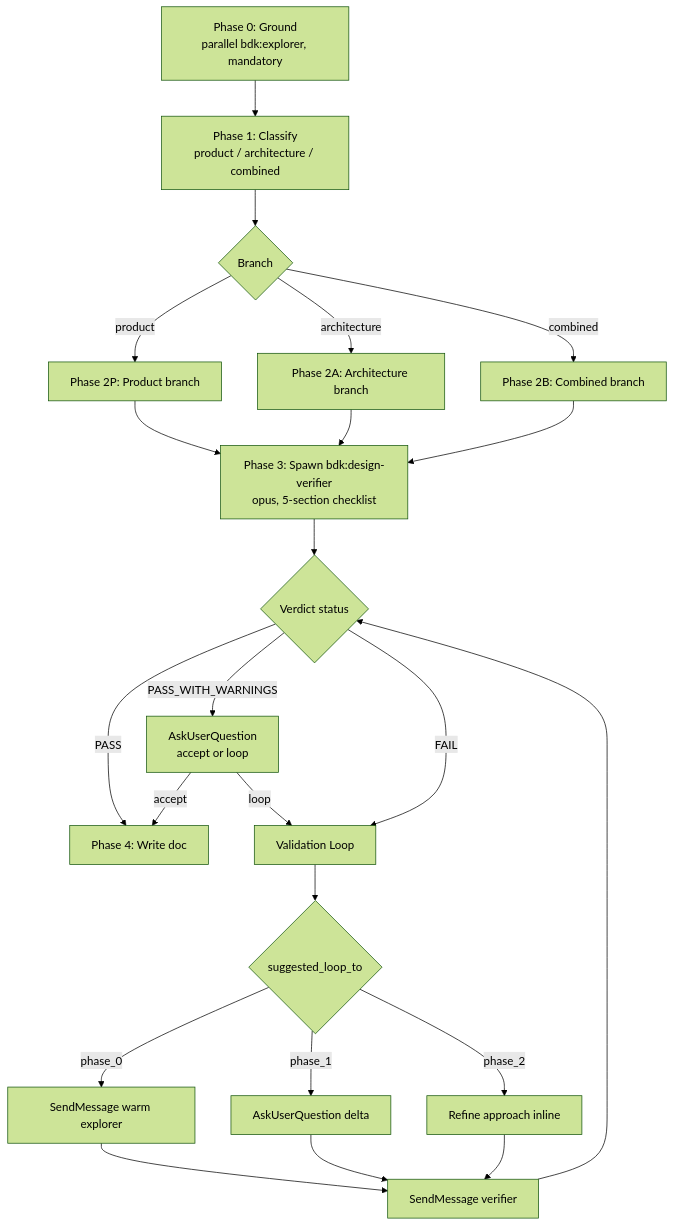
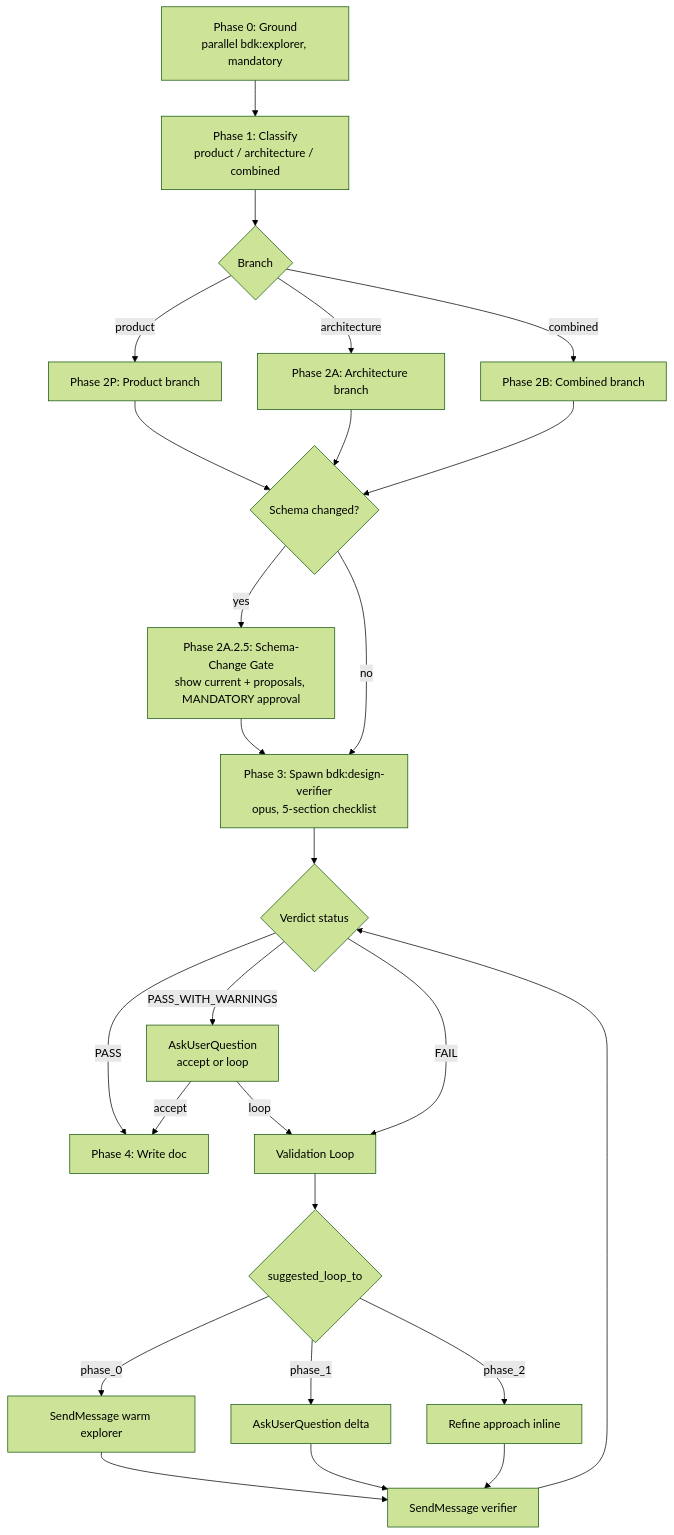
One commit to broneq/bdk changed the diagram in skills/design/SKILL.md. Above: the diagram before and after it, drawn with Mermaid (forest theme). The commit also changed other lines of this file and 1 other file, not shown here.

First line of the commit message:
feat(design): add mandatory DB schema-change approval gate

````diff
--- a/skills/design/SKILL.md
+++ b/skills/design/SKILL.md
@@ -40,25 +41,28 @@
 ```mermaid
 flowchart TB
     P0[Phase 0: Ground<br/>parallel bdk:explorer, mandatory] --> P1[Phase 1: Classify<br/>product / architecture / combined]
     P1 --> P2{Branch}
     P2 -- product --> P2P[Phase 2P: Product branch]
     P2 -- architecture --> P2A[Phase 2A: Architecture branch]
     P2 -- combined --> P2B[Phase 2B: Combined branch]
-    P2P --> P3[Phase 3: Spawn bdk:design-verifier<br/>opus, 5-section checklist]
-    P2A --> P3
-    P2B --> P3
+    P2P --> SG{Schema changed?}
+    P2A --> SG
+    P2B --> SG
+    SG -- yes --> GATE[Phase 2A.2.5: Schema-Change Gate<br/>show current + proposals, MANDATORY approval]
+    SG -- no --> P3
+    GATE --> P3[Phase 3: Spawn bdk:design-verifier<br/>opus, 5-section checklist]
     P3 --> V{Verdict status}
     V -- PASS --> P4[Phase 4: Write doc]
     V -- PASS_WITH_WARNINGS --> ASK[AskUserQuestion<br/>accept or loop]
     V -- FAIL --> LOOP[Validation Loop]
     ASK -- accept --> P4
     ASK -- loop --> LOOP
     LOOP --> GAP{suggested_loop_to}
     GAP -- phase_0 --> L0[SendMessage warm explorer]
     GAP -- phase_1 --> L1[AskUserQuestion delta]
     GAP -- phase_2 --> L2[Refine approach inline]
     L0 --> P3R[SendMessage verifier]
     L1 --> P3R
     L2 --> P3R
     P3R --> V
 ```
````
